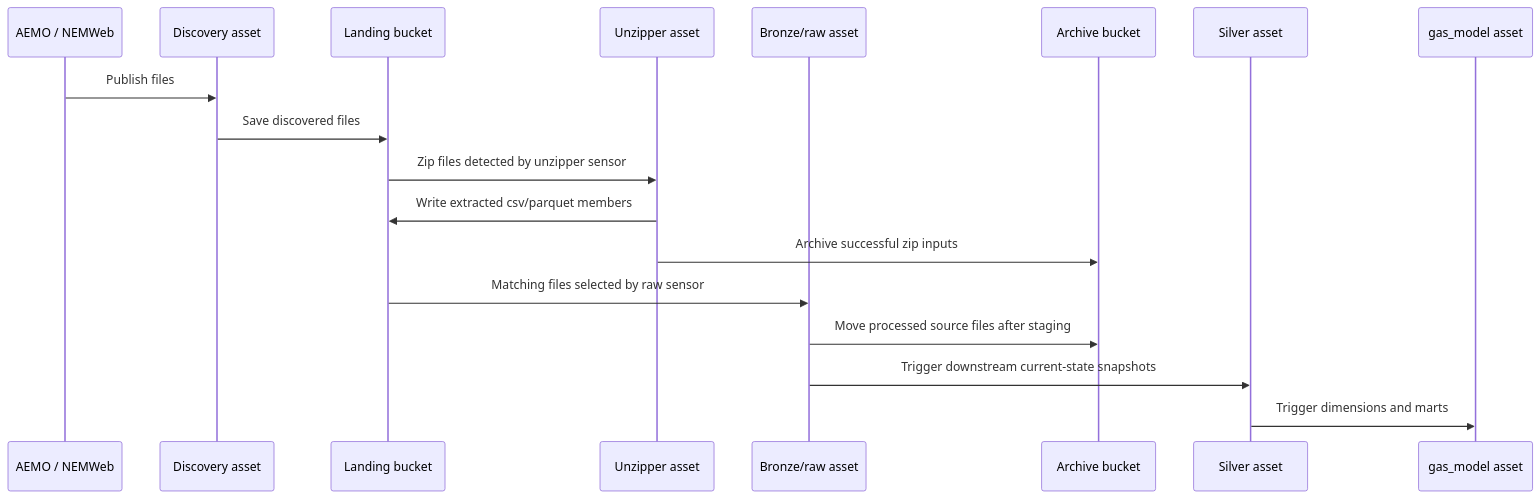
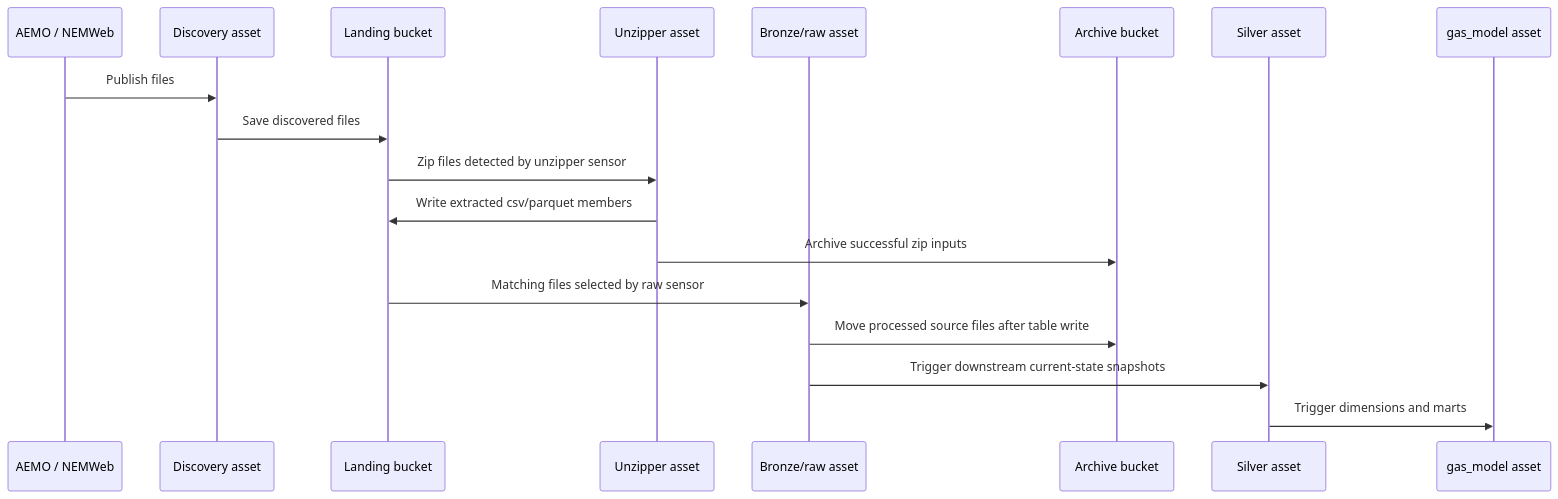
The third of 3 diagrams in backend-services/dagster-user/aemo-etl/README.md (Chr1sC0de/energy-market-delta-lake), drawn with Mermaid before and after one commit. The commit also changed other lines of this file and 8 other files, not shown here.

Commit message:
Update source-table bronze S3 outcome handling

````diff
--- a/backend-services/dagster-user/aemo-etl/README.md
+++ b/backend-services/dagster-user/aemo-etl/README.md
@@ -118,21 +118,21 @@
 ```mermaid
 sequenceDiagram
     participant Source as AEMO / NEMWeb
     participant Discover as Discovery asset
     participant Landing as Landing bucket
     participant Unzip as Unzipper asset
     participant Raw as Bronze/raw asset
     participant Archive as Archive bucket
     participant Silver as Silver asset
     participant GasModel as gas_model asset
 
     Source->>Discover: Publish files
     Discover->>Landing: Save discovered files
     Landing->>Unzip: Zip files detected by unzipper sensor
     Unzip->>Landing: Write extracted csv/parquet members
     Unzip->>Archive: Archive successful zip inputs
     Landing->>Raw: Matching files selected by raw sensor
-    Raw->>Archive: Move processed source files after staging
+    Raw->>Archive: Move processed source files after table write
     Raw->>Silver: Trigger downstream current-state snapshots
     Silver->>GasModel: Trigger dimensions and marts
 ```
````
